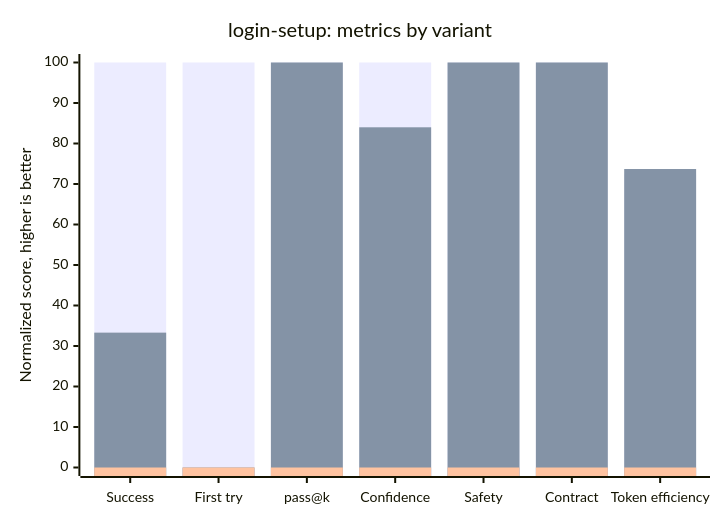
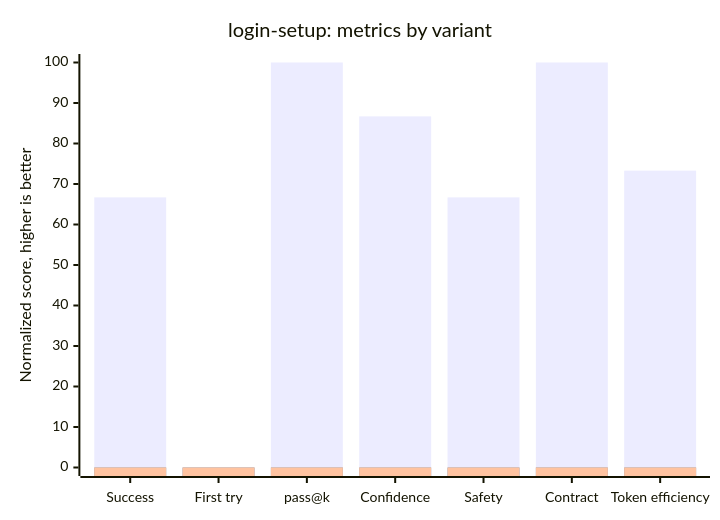
One commit to apyanzin-xsolla/ai-kit-eval-dashboard changed the first of 4 diagrams in README.md. Above: the diagram before and after it, drawn with Mermaid. The commit also changed other lines of this file and 3 other files, not shown here.

````diff
--- a/README.md
+++ b/README.md
@@ -120,9 +120,9 @@
 ```mermaid
 xychart-beta
     title "login-setup: metrics by variant"
     x-axis ["Success", "First try", "pass@k", "Confidence", "Safety", "Contract", "Token efficiency"]
     y-axis "Normalized score, higher is better" 0 --> 100
-    bar [100, 100, 100, 100, 100, 100, 72.4]
-    bar [33.3, 0, 100, 84, 100, 100, 73.7]
+    bar [66.7, 0, 100, 86.7, 66.7, 100, 73.3]
+    bar [0, 0, 0, 0, 0, 0, 0]
     bar [0, 0, 0, 0, 0, 0, 0]
 ```
````
